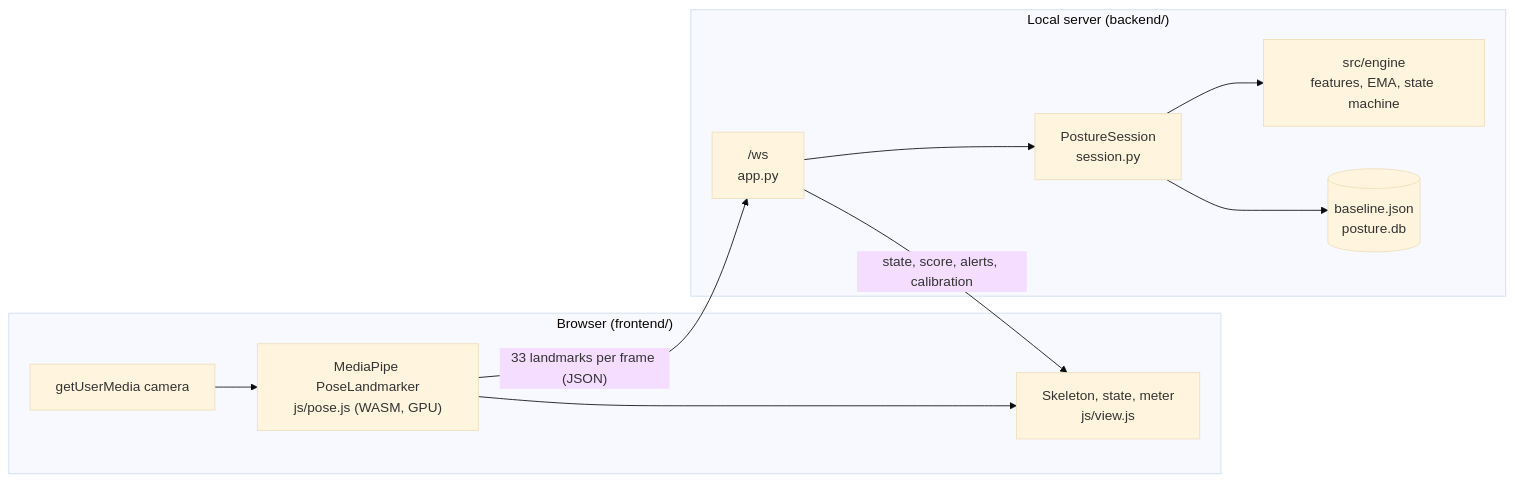
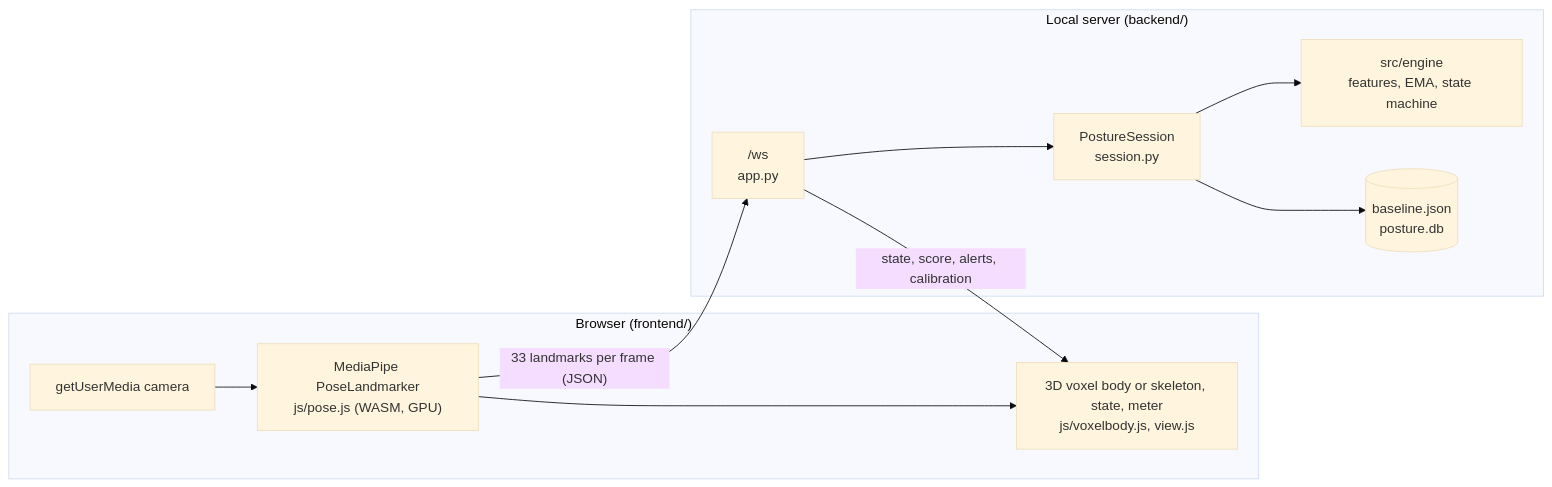
One commit to himanshushekharmishra/posture-monitor changed the fourth of 5 diagrams in docs/architecture.md. Above: the diagram before and after it, drawn with Mermaid (base theme). The commit also changed other lines of this file and 5 other files, not shown here.

First line of the commit message:
Web page: 3D voxel body with custom shaders

````diff
--- a/docs/architecture.md
+++ b/docs/architecture.md
@@ -95,14 +95,14 @@
 ```mermaid
 flowchart LR
     subgraph browser["Browser (frontend/)"]
         cam["getUserMedia camera"] --> mp["MediaPipe PoseLandmarker<br/>js/pose.js (WASM, GPU)"]
-        mp --> ui["Skeleton, state, meter<br/>js/view.js"]
+        mp --> ui["3D voxel body or skeleton, state, meter<br/>js/voxelbody.js, view.js"]
     end
     subgraph server["Local server (backend/)"]
         ws["/ws<br/>app.py"] --> sess["PostureSession<br/>session.py"]
         sess --> engine["src/engine<br/>features, EMA, state machine"]
         sess --> files[("baseline.json<br/>posture.db")]
     end
     mp -->|"33 landmarks per frame (JSON)"| ws
     ws -->|"state, score, alerts, calibration"| ui
 ```
````
